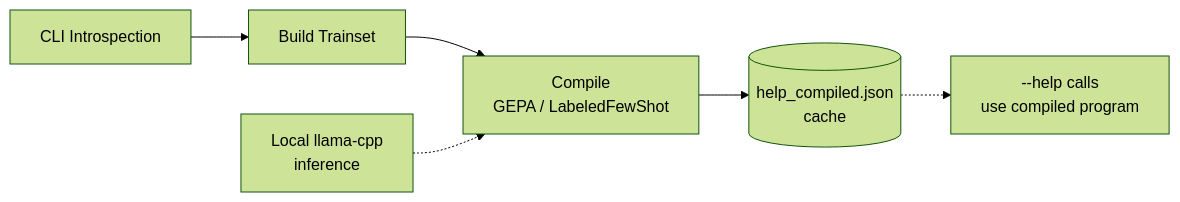
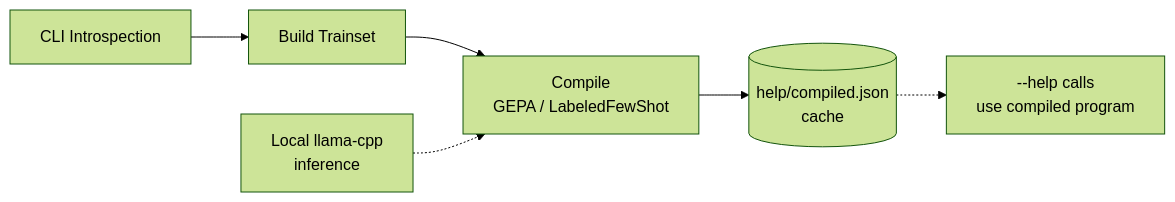
The seventh of 7 diagrams in README.md (octagono/dspytools), drawn with Mermaid (forest theme) before and after one commit. The commit also changed other lines of this file and 17 other files, not shown here.

````diff
--- a/README.md
+++ b/README.md
@@ -286,8 +286,8 @@
 ```mermaid
 graph LR
  A[CLI Introspection] --> B[Build Trainset]
  B --> C[Compile<br/>GEPA / LabeledFewShot]
  D[Local llama-cpp<br/>inference] -.-> C
- C --> E[(help_compiled.json<br/>cache)]
+ C --> E[(help/compiled.json<br/>cache)]
  E -.-> F["--help calls<br/>use compiled program"]
 ```
````
